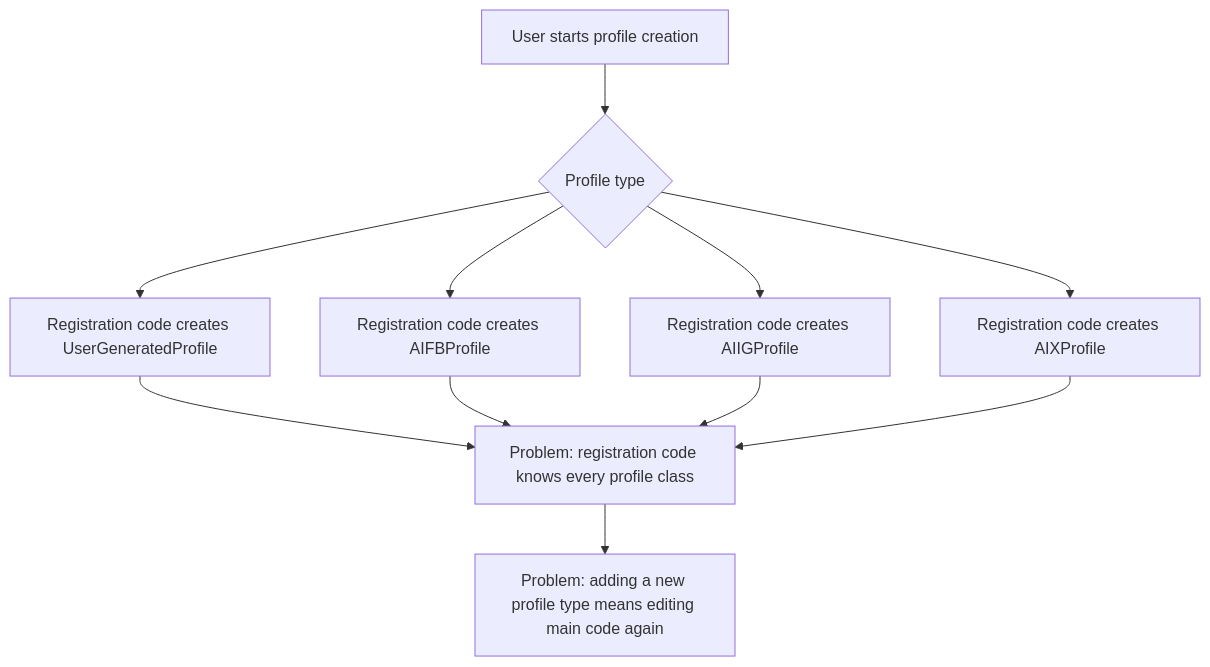
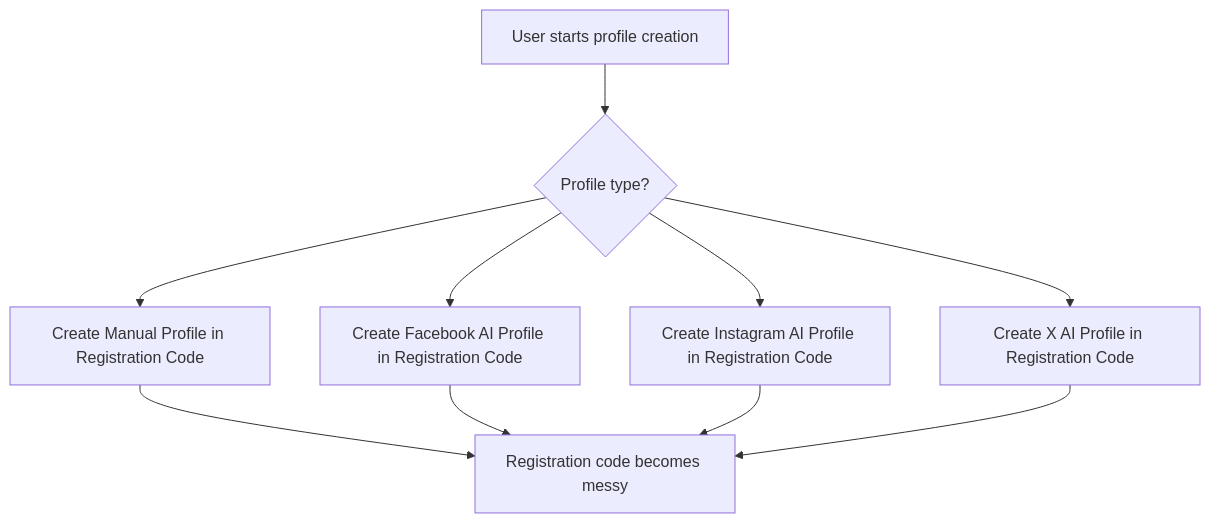
The first of 2 diagrams in README.md (NellePot/FirstRepository), drawn with Mermaid before and after one commit. The commit also changed other lines of this file, not shown here.

````diff
--- a/README.md
+++ b/README.md
@@ -3,16 +3,13 @@
 ```mermaid
 flowchart TD
-    A[User starts profile creation] --> B{Profile type}
+    A[User starts profile creation] --> B{Profile type?}
+    B --> C[Create Manual Profile in Registration Code]
+    B --> D[Create Facebook AI Profile in Registration Code]
+    B --> E[Create Instagram AI Profile in Registration Code]
+    B --> F[Create X AI Profile in Registration Code]
 
-    B --> C[Registration code creates UserGeneratedProfile]
-    B --> D[Registration code creates AIFBProfile]
-    B --> E[Registration code creates AIIGProfile]
-    B --> F[Registration code creates AIXProfile]
-
-    C --> G[Problem: registration code knows every profile class]
+    C --> G[Registration code becomes messy]
     D --> G
     E --> G
     F --> G
-
-    G --> H[Problem: adding a new profile type means editing main code again]
 ```
````
